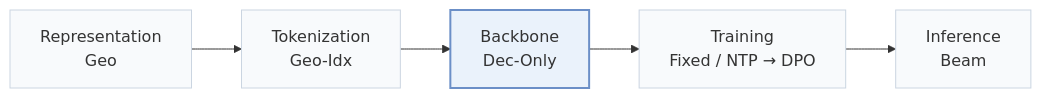
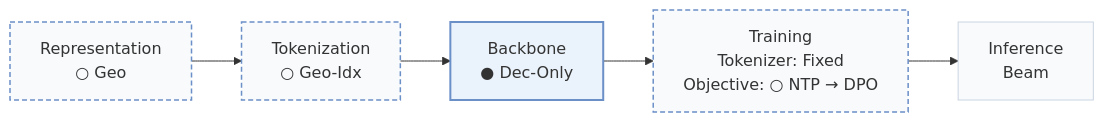
Before and after one commit to Galaxy-ghost/Awesome-SID-Generative-Rec: the first of 2 diagrams in pages/papers/spacetime-gr.md, drawn with Mermaid. The commit also changed other lines of this file and 558 other files, not shown here.

````diff
--- a/pages/papers/spacetime-gr.md
+++ b/pages/papers/spacetime-gr.md
@@ -15,8 +18,10 @@
 ```mermaid
 flowchart LR
-    R["Representation<br/>Geo"] --> T["Tokenization<br/>Geo-Idx"] --> B["Backbone<br/>Dec-Only"] --> TR["Training<br/>Fixed / NTP → DPO"] --> I["Inference<br/>Beam"]
+    R["Representation<br/>○ Geo"] --> T["Tokenization<br/>○ Geo-Idx"] --> B["Backbone<br/>● Dec-Only"] --> TR["Training<br/>Tokenizer: Fixed<br/>Objective: ○ NTP → DPO"] --> I["Inference<br/>Beam"]
     classDef base fill:#f8fafc,stroke:#cbd5e1
     class R,T,B,TR,I base
+    classDef other fill:#f8fafc,stroke:#6b8fc7,stroke-width:1.5px,stroke-dasharray:5 3
+    class R,T,TR other
     classDef main fill:#eaf2fb,stroke:#6b8fc7,stroke-width:2px
     class B main
 ```
````
